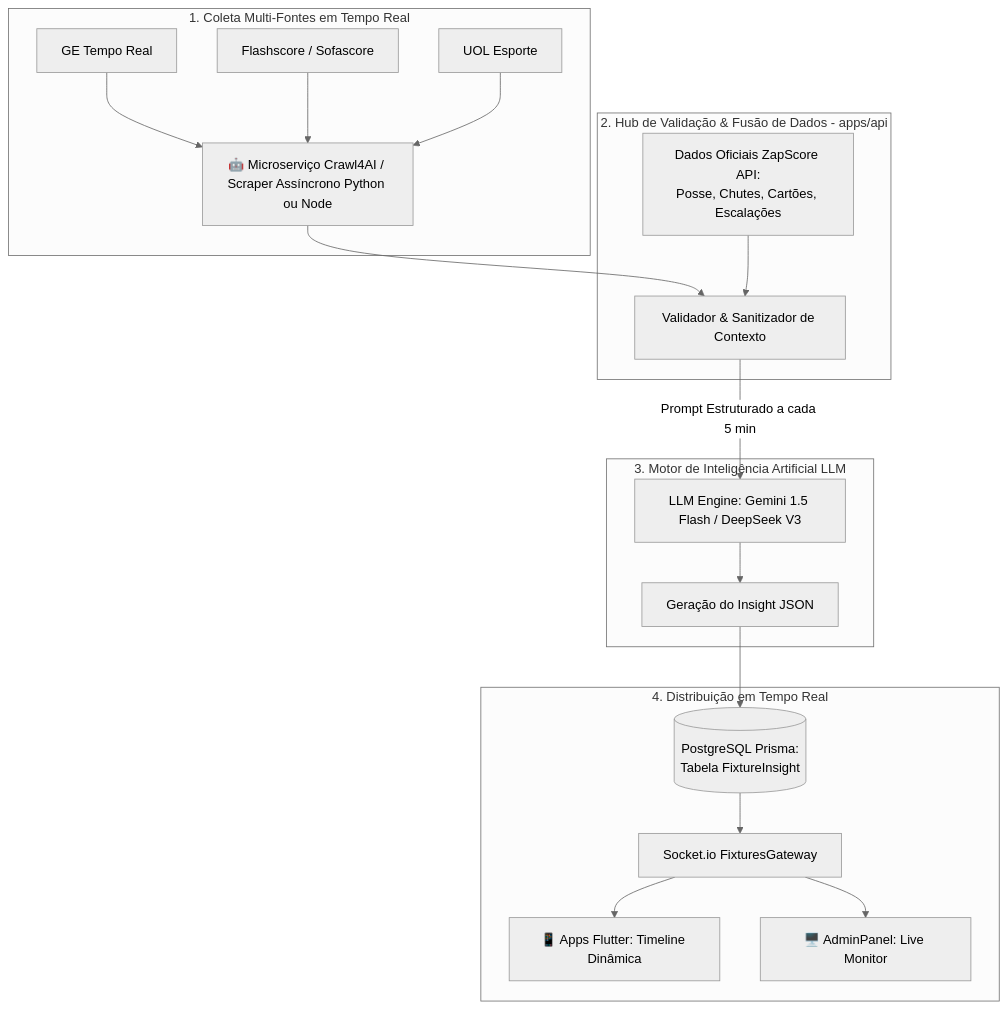
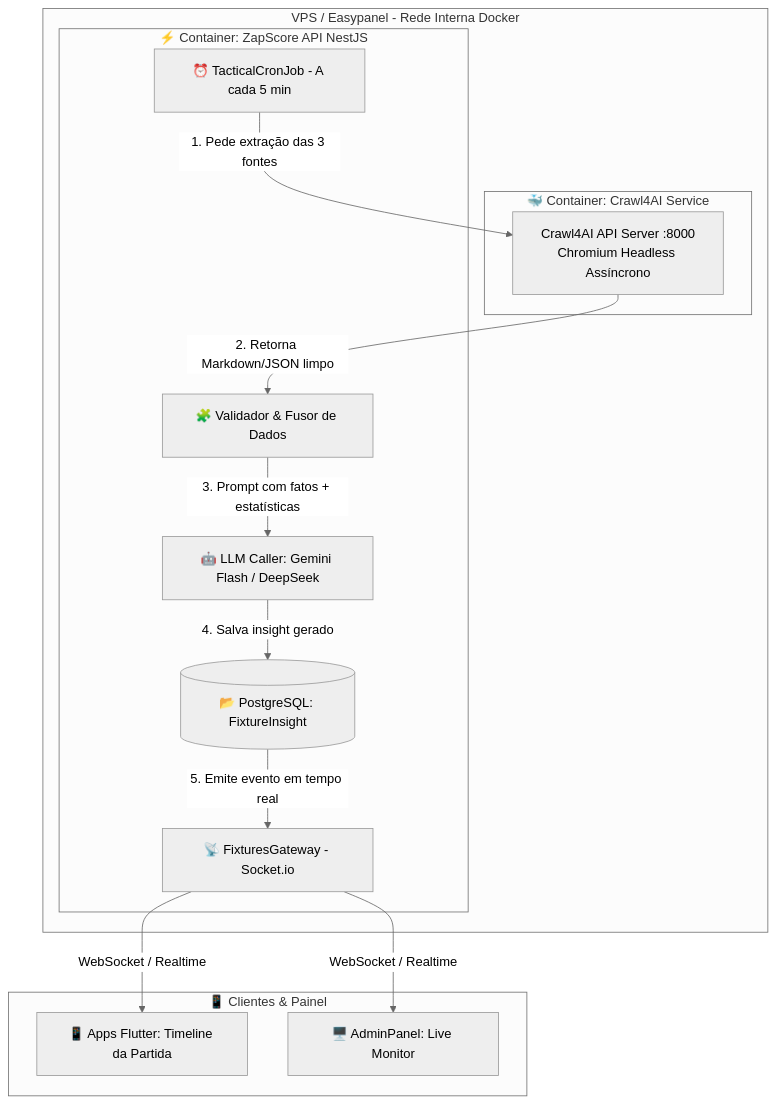
The second of 2 diagrams in relatorios/plano_implementacao_agente_comentarios_taticos_ia_2026_08_26.md (MarcilioLeiteSilva/zapscore), drawn with Mermaid (neutral theme) before and after one commit. The commit also changed other lines of this file and 1 other file, not shown here.

Commit message:
docs: integrate Crawl4AI Easypanel topology and LLM cost estimation into tactical commentary plan and ECOSYSTEM Chapter 15

````diff
--- a/relatorios/plano_implementacao_agente_comentarios_taticos_ia_2026_08_26.md
+++ b/relatorios/plano_implementacao_agente_comentarios_taticos_ia_2026_08_26.md
@@ -46,35 +46,26 @@
 ```mermaid
 flowchart TD
-    subgraph CAMADA_1 [1. Coleta Multi-Fontes em Tempo Real]
-        C1[GE Tempo Real]
-        C2[Flashscore / Sofascore]
-        C3[UOL Esporte]
-        WORKER[🤖 Microserviço Crawl4AI / Scraper Assíncrono Python ou Node]
-        C1 --> WORKER
-        C2 --> WORKER
-        C3 --> WORKER
+    subgraph VPS_EASYPANEL [VPS / Easypanel - Rede Interna Docker]
+        subgraph CONTAINER_CRAWL4AI [🐳 Container: Crawl4AI Service]
+            C4AI[Crawl4AI API Server :8000<br>Chromium Headless Assíncrono]
+        end
+
+        subgraph CONTAINER_API [⚡ Container: ZapScore API NestJS]
+            JOB[⏰ TacticalCronJob - A cada 5 min]
+            FUSION[🧩 Validador & Fusor de Dados]
+            AI_CALL[🤖 LLM Caller: Gemini Flash / DeepSeek]
+            WS_GATEWAY[📡 FixturesGateway - Socket.io]
+            
+            JOB -->|1. Pede extração das 3 fontes| C4AI
+            C4AI -->|2. Retorna Markdown/JSON limpo| FUSION
+            FUSION -->|3. Prompt com fatos + estatísticas| AI_CALL
+            AI_CALL -->|4. Salva insight gerado| DB[(📂 PostgreSQL: FixtureInsight)]
+            DB -->|5. Emite evento em tempo real| WS_GATEWAY
+        end
     end
 
-    subgraph CAMADA_2 [2. Hub de Validação & Fusão de Dados - apps/api]
-        API_DATA[Dados Oficiais ZapScore API:<br>Posse, Chutes, Cartões, Escalações]
-        VALIDATOR[Validador & Sanitizador de Contexto]
-        WORKER --> VALIDATOR
-        API_DATA --> VALIDATOR
-    end
-
-    subgraph CAMADA_3 [3. Motor de Inteligência Artificial LLM]
-        LLM[LLM Engine: Gemini 1.5 Flash / DeepSeek V3]
-        VALIDATOR -->|Prompt Estruturado a cada 5 min| LLM
-        INSIGHT[Geração do Insight JSON]
-        LLM --> INSIGHT
-    end
-
-    subgraph CAMADA_4 [4. Distribuição em Tempo Real]
-        DB[(PostgreSQL Prisma:<br>Tabela FixtureInsight)]
-        WS[Socket.io FixturesGateway]
-        INSIGHT --> DB
-        DB --> WS
-        WS --> FLUTTER[📱 Apps Flutter: Timeline Dinâmica]
-        WS --> ADMIN[🖥️ AdminPanel: Live Monitor]
+    subgraph CLIENTES [📱 Clientes & Painel]
+        WS_GATEWAY -->|WebSocket / Realtime| APP[📱 Apps Flutter: Timeline da Partida]
+        WS_GATEWAY -->|WebSocket / Realtime| ADMIN[🖥️ AdminPanel: Live Monitor]
     end
 ```
````
